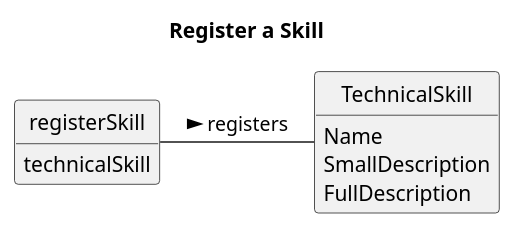
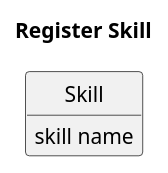
One commit to RicardoMorim/lapr2-ISEP-Project changed the diagram in docs/sprintA/us001/02.analysis/puml/us001-domain-model.puml. Above: the diagram before and after it, drawn with PlantUML.

Commit message:
US02 updated

```diff
--- a/docs/sprintA/us001/02.analysis/puml/us001-domain-model.puml
+++ b/docs/sprintA/us001/02.analysis/puml/us001-domain-model.puml
@@ -1,20 +1,19 @@
 @startuml
+skinparam monochrome true
+skinparam packageStyle rectangle
+skinparam shadowing false
+
+'left to right direction
+
+skinparam classAttributeIconSize 0
 
 hide circle
 hide methods
 
-title Register a Skill
+title Register Skill
 
-class registerSkill {
-    technicalSkill
+class Skill {
+skill name
 }
 
-class TechnicalSkill{
-    Name
-    SmallDescription
-    FullDescription
-}
-
-registerSkill -  TechnicalSkill : registers >
-
 @enduml
```
